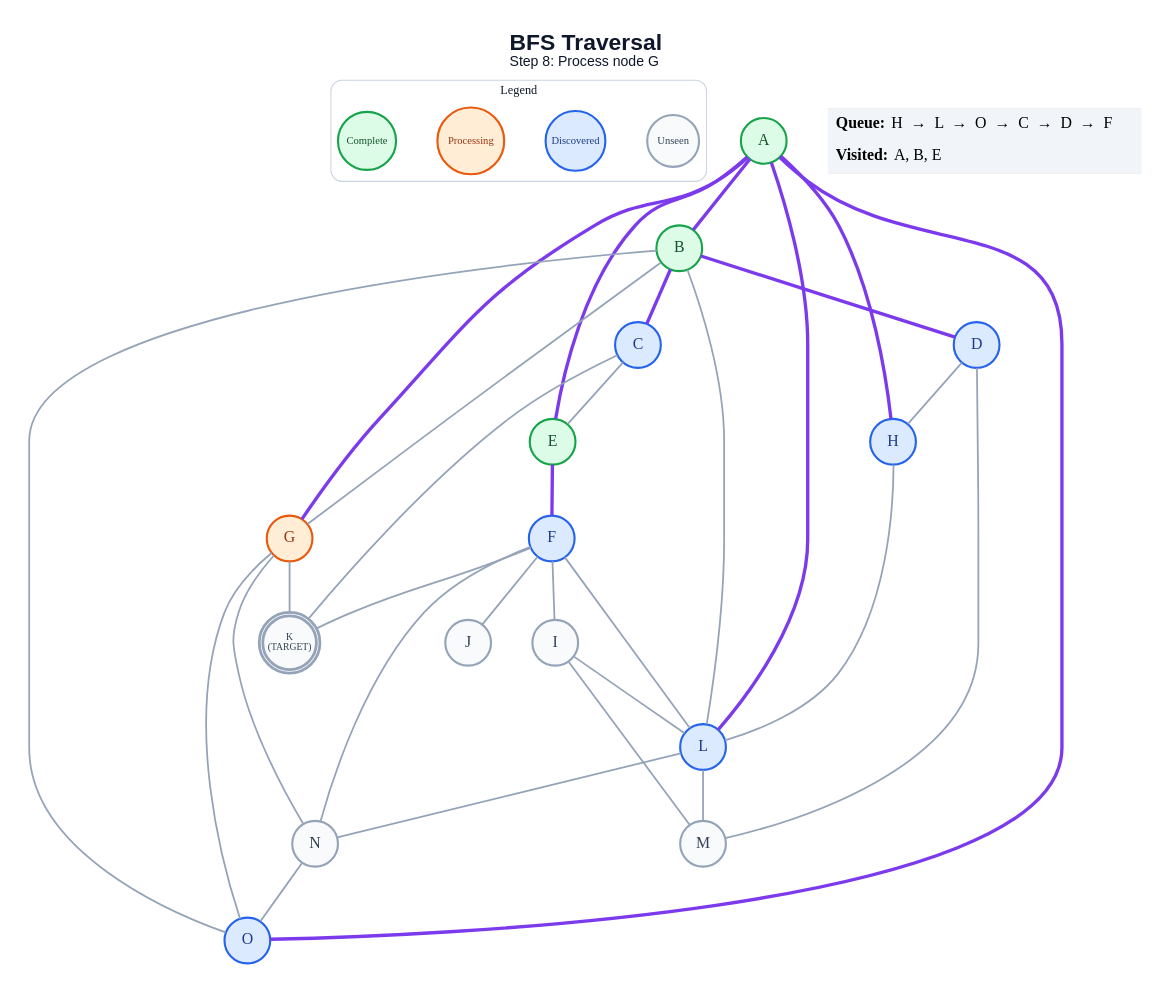
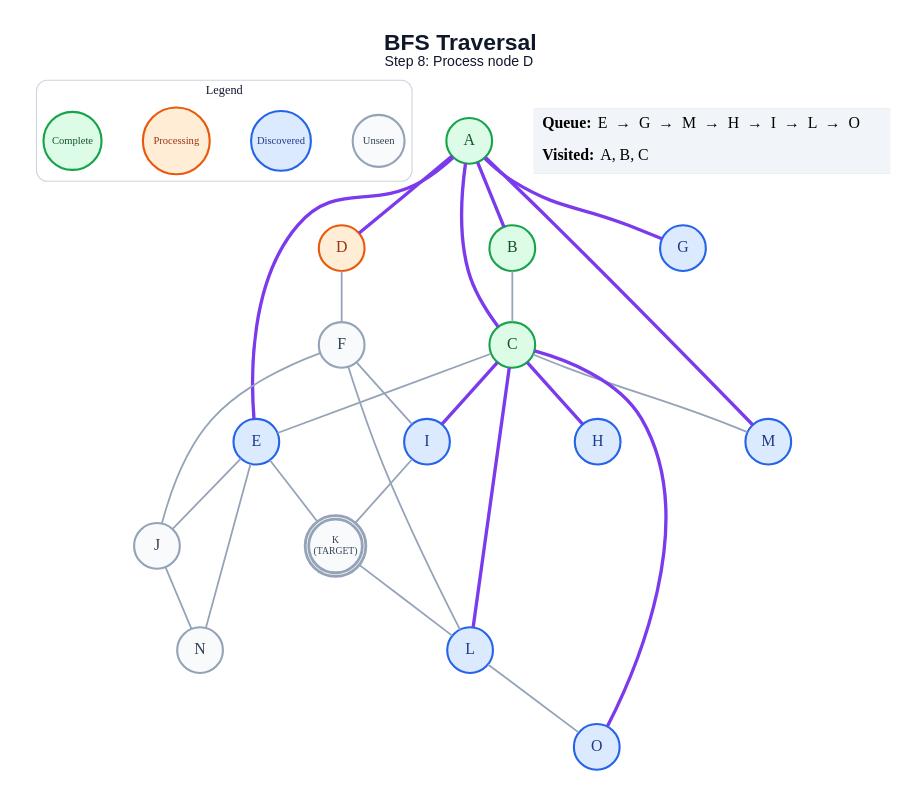
The diagram in generated/specific-node/bfs/step_08.dot (anon7238593-create/ai-slop), drawn with Graphviz before and after one commit. The commit also changed 262 other files, not shown here.

```diff
--- a/generated/specific-node/bfs/step_08.dot
+++ b/generated/specific-node/bfs/step_08.dot
@@ -1,64 +1,58 @@
 graph traversal {
   graph [layout=dot, rankdir=TB, bgcolor="#FFFFFF", pad="0.35", nodesep="0.65", ranksep="0.8", fontname="Arial"];
   node [shape=circle, style="filled", fontname="Arial Bold", fontsize=18, width=0.72, fixedsize=true, penwidth=2.4];
   edge [color="#94A3B8", penwidth=2.0];
-  label=<<B>BFS Traversal</B><BR/><FONT POINT-SIZE="16">Step 8: Process node G</FONT>>; labelloc="t"; fontsize=26; fontname="Arial"; fontcolor="#0F172A";
+  label=<<B>BFS Traversal</B><BR/><FONT POINT-SIZE="16">Step 8: Process node D</FONT>>; labelloc="t"; fontsize=26; fontname="Arial"; fontcolor="#0F172A";
   subgraph cluster_legend { label="Legend"; color="#CBD5E1"; penwidth=1.2; style="rounded"; fontsize=14; fontname="Arial Bold";
     key_unseen [label="Unseen", fillcolor="#F8FAFC", color="#94A3B8", fontcolor="#334155", fontsize=12, width=0.82];
     key_frontier [label="Discovered", fillcolor="#DBEAFE", color="#2563EB", fontcolor="#1E3A8A", fontsize=12, width=0.95];
     key_current [label="Processing", fillcolor="#FFEDD5", color="#EA580C", fontcolor="#9A3412", fontsize=12, width=1.05];
     key_done [label="Complete", fillcolor="#DCFCE7", color="#16A34A", fontcolor="#14532D", fontsize=12, width=0.92];
     { rank=same; key_unseen; key_frontier; key_current; key_done; }
   }
   A [label="A", fillcolor="#DCFCE7", color="#16A34A", fontcolor="#14532D", peripheries=1, penwidth=2.4];
   B [label="B", fillcolor="#DCFCE7", color="#16A34A", fontcolor="#14532D", peripheries=1, penwidth=2.4];
-  C [label="C", fillcolor="#DBEAFE", color="#2563EB", fontcolor="#1E3A8A", peripheries=1, penwidth=2.4];
-  D [label="D", fillcolor="#DBEAFE", color="#2563EB", fontcolor="#1E3A8A", peripheries=1, penwidth=2.4];
-  E [label="E", fillcolor="#DCFCE7", color="#16A34A", fontcolor="#14532D", peripheries=1, penwidth=2.4];
-  F [label="F", fillcolor="#DBEAFE", color="#2563EB", fontcolor="#1E3A8A", peripheries=1, penwidth=2.4];
-  G [label="G", fillcolor="#FFEDD5", color="#EA580C", fontcolor="#9A3412", peripheries=1, penwidth=2.4];
+  C [label="C", fillcolor="#DCFCE7", color="#16A34A", fontcolor="#14532D", peripheries=1, penwidth=2.4];
+  D [label="D", fillcolor="#FFEDD5", color="#EA580C", fontcolor="#9A3412", peripheries=1, penwidth=2.4];
+  E [label="E", fillcolor="#DBEAFE", color="#2563EB", fontcolor="#1E3A8A", peripheries=1, penwidth=2.4];
+  F [label="F", fillcolor="#F8FAFC", color="#94A3B8", fontcolor="#334155", peripheries=1, penwidth=2.4];
+  G [label="G", fillcolor="#DBEAFE", color="#2563EB", fontcolor="#1E3A8A", peripheries=1, penwidth=2.4];
   H [label="H", fillcolor="#DBEAFE", color="#2563EB", fontcolor="#1E3A8A", peripheries=1, penwidth=2.4];
-  I [label="I", fillcolor="#F8FAFC", color="#94A3B8", fontcolor="#334155", peripheries=1, penwidth=2.4];
+  I [label="I", fillcolor="#DBEAFE", color="#2563EB", fontcolor="#1E3A8A", peripheries=1, penwidth=2.4];
   J [label="J", fillcolor="#F8FAFC", color="#94A3B8", fontcolor="#334155", peripheries=1, penwidth=2.4];
   K [label="K\n(TARGET)", fillcolor="#F8FAFC", color="#94A3B8", fontcolor="#334155", peripheries=2, penwidth=3.2, fontsize=11, width=0.85, height=0.85];
   L [label="L", fillcolor="#DBEAFE", color="#2563EB", fontcolor="#1E3A8A", peripheries=1, penwidth=2.4];
-  M [label="M", fillcolor="#F8FAFC", color="#94A3B8", fontcolor="#334155", peripheries=1, penwidth=2.4];
+  M [label="M", fillcolor="#DBEAFE", color="#2563EB", fontcolor="#1E3A8A", peripheries=1, penwidth=2.4];
   N [label="N", fillcolor="#F8FAFC", color="#94A3B8", fontcolor="#334155", peripheries=1, penwidth=2.4];
   O [label="O", fillcolor="#DBEAFE", color="#2563EB", fontcolor="#1E3A8A", peripheries=1, penwidth=2.4];
   A -- B [color="#7C3AED", penwidth=3.8];
+  A -- C [color="#7C3AED", penwidth=3.8];
+  A -- D [color="#7C3AED", penwidth=3.8];
   A -- E [color="#7C3AED", penwidth=3.8];
   A -- G [color="#7C3AED", penwidth=3.8];
-  A -- H [color="#7C3AED", penwidth=3.8];
-  A -- L [color="#7C3AED", penwidth=3.8];
-  A -- O [color="#7C3AED", penwidth=3.8];
-  B -- C [color="#7C3AED", penwidth=3.8];
-  B -- D [color="#7C3AED", penwidth=3.8];
-  B -- G;
-  B -- L;
-  B -- O;
+  A -- M [color="#7C3AED", penwidth=3.8];
+  B -- C;
   C -- E;
-  C -- K;
-  D -- H;
-  D -- M;
-  E -- F [color="#7C3AED", penwidth=3.8];
+  C -- H [color="#7C3AED", penwidth=3.8];
+  C -- I [color="#7C3AED", penwidth=3.8];
+  C -- L [color="#7C3AED", penwidth=3.8];
+  C -- M;
+  C -- O [color="#7C3AED", penwidth=3.8];
+  D -- F;
+  E -- J;
+  E -- K;
+  E -- N;
   F -- I;
   F -- J;
-  F -- K;
   F -- L;
-  F -- N;
-  G -- K;
-  G -- N;
-  G -- O;
-  H -- L;
-  I -- L;
-  I -- M;
-  L -- M;
-  L -- N;
-  N -- O;
+  I -- K;
+  J -- N;
+  K -- L;
+  L -- O;
   status [shape=plain, fixedsize=false, width=0, height=0, margin=0, label=<
     <TABLE BORDER="0" CELLBORDER="0" CELLPADDING="7" BGCOLOR="#F1F5F9">
-      <TR><TD ALIGN="LEFT"><B>Queue:</B> H  →  L  →  O  →  C  →  D  →  F</TD></TR>
-      <TR><TD ALIGN="LEFT"><B>Visited:</B> A, B, E</TD></TR>
+      <TR><TD ALIGN="LEFT"><B>Queue:</B> E  →  G  →  M  →  H  →  I  →  L  →  O</TD></TR>
+      <TR><TD ALIGN="LEFT"><B>Visited:</B> A, B, C</TD></TR>
     </TABLE>
   >];
 }
```
